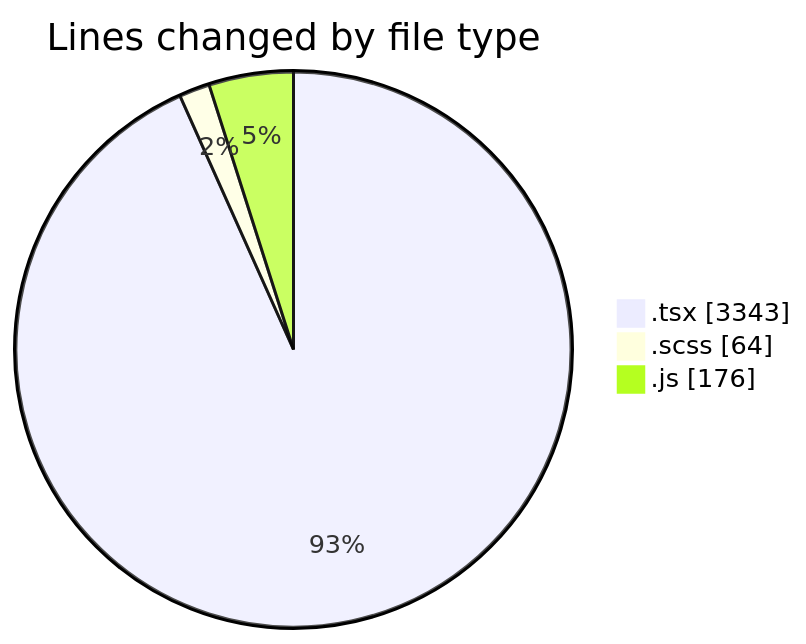
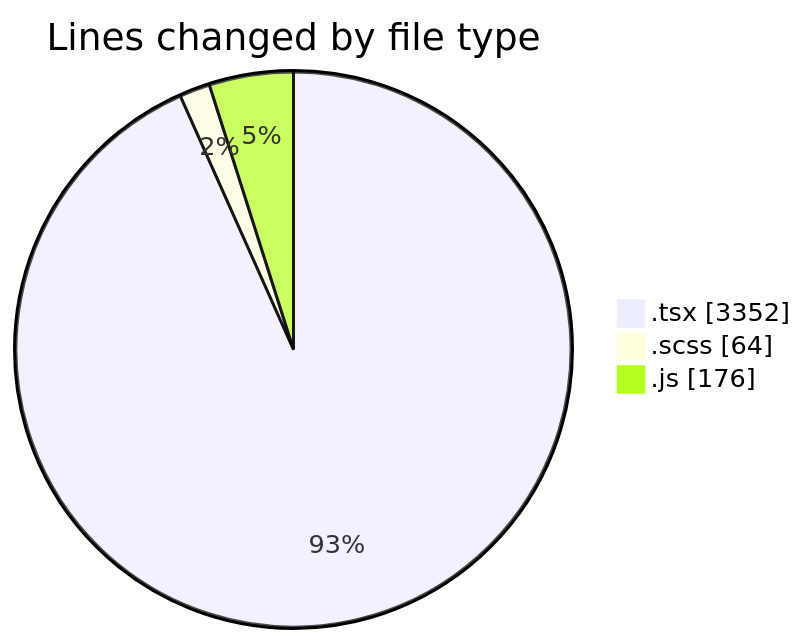
Before and after one commit to momahboobian/code-tracking: the first of 2 diagrams in 2025-06-16/cda/README.md, drawn with Mermaid. The commit also changed other lines of this file and 1 other file, not shown here.

````diff
--- a/2025-06-16/cda/README.md
+++ b/2025-06-16/cda/README.md
@@ -35,7 +35,7 @@
 ```mermaid
 pie showData
 title Lines changed by file type
-".tsx" : 3343
+".tsx" : 3352
 ".scss" : 64
 ".js" : 176
 ```
````
